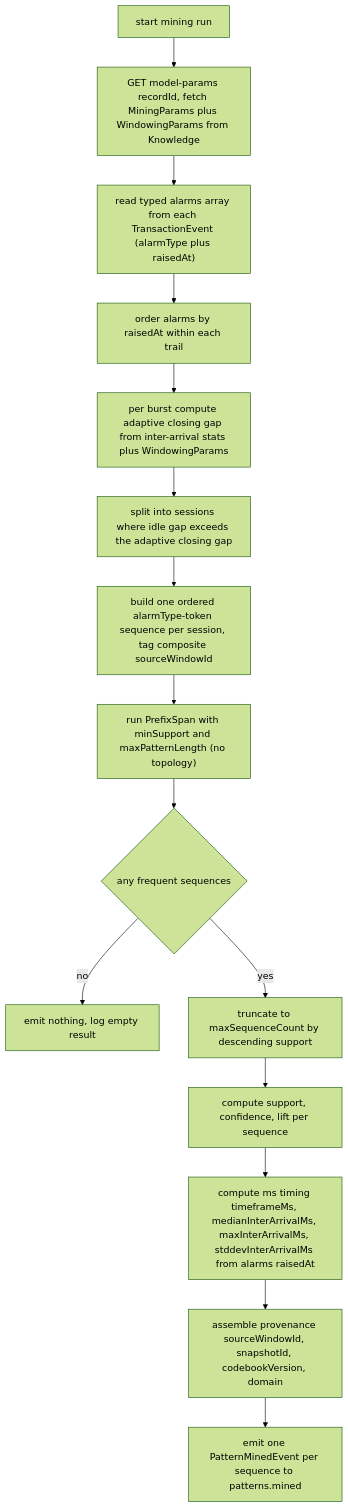
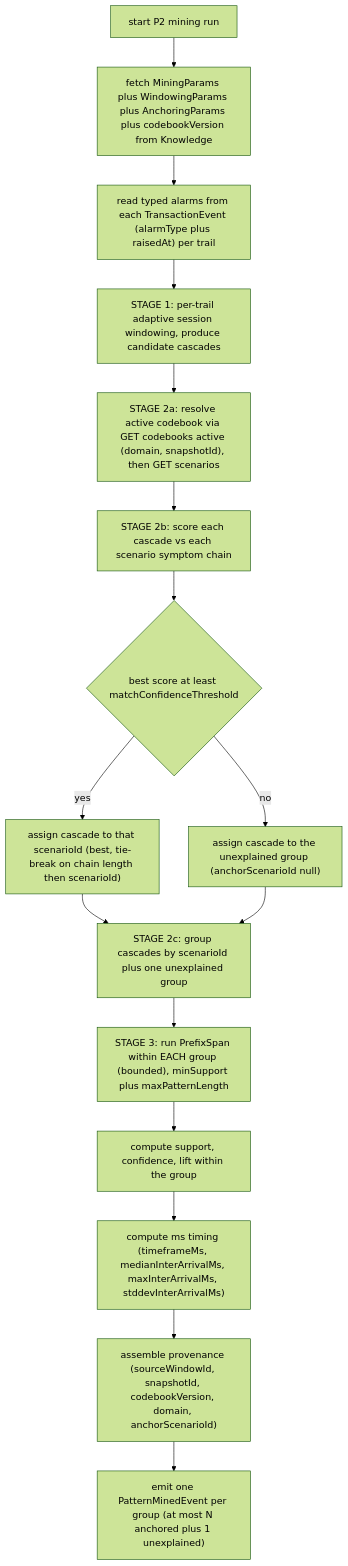
The sixth of 6 diagrams in services/pattern-miner/design.md (nikhilmohan/correlation-platform), drawn with Mermaid (forest theme) before and after one commit. The commit also changed other lines of this file, not shown here.

First line of the commit message:
design(pattern-miner): 3-stage discovery — time+space, Codebook anchoring (Stage 2), bounded PrefixSpan per group

````diff
--- a/services/pattern-miner/design.md
+++ b/services/pattern-miner/design.md
@@ -268,17 +313,18 @@
 ```mermaid
 flowchart TD
-  S["start mining run"] --> P["GET model-params recordId, fetch MiningParams plus WindowingParams from Knowledge"]
-  P --> READ["read typed alarms array from each TransactionEvent (alarmType plus raisedAt)"]
-  READ --> ORD["order alarms by raisedAt within each trail"]
-  ORD --> GAP["per burst compute adaptive closing gap from inter-arrival stats plus WindowingParams"]
-  GAP --> SESS["split into sessions where idle gap exceeds the adaptive closing gap"]
-  SESS --> SEQ["build one ordered alarmType-token sequence per session, tag composite sourceWindowId"]
-  SEQ --> PSPAN["run PrefixSpan with minSupport and maxPatternLength (no topology)"]
-  PSPAN --> FREQ{"any frequent sequences"}
-  FREQ -- no --> DONE["emit nothing, log empty result"]
-  FREQ -- yes --> CAP["truncate to maxSequenceCount by descending support"]
-  CAP --> METR["compute support, confidence, lift per sequence"]
-  METR --> TIM["compute ms timing timeframeMs, medianInterArrivalMs, maxInterArrivalMs, stddevInterArrivalMs from alarms raisedAt"]
-  TIM --> PROV["assemble provenance sourceWindowId, snapshotId, codebookVersion, domain"]
-  PROV --> EMIT["emit one PatternMinedEvent per sequence to patterns.mined"]
+  S["start P2 mining run"] --> P["fetch MiningParams plus WindowingParams plus AnchoringParams plus codebookVersion from Knowledge"]
+  P --> READ["read typed alarms from each TransactionEvent (alarmType plus raisedAt) per trail"]
+  READ --> S1["STAGE 1: per-trail adaptive session windowing, produce candidate cascades"]
+  S1 --> RESOLVE["STAGE 2a: resolve active codebook via GET codebooks active (domain, snapshotId), then GET scenarios"]
+  RESOLVE --> MATCH["STAGE 2b: score each cascade vs each scenario symptom chain"]
+  MATCH --> THRESH{"best score at least matchConfidenceThreshold"}
+  THRESH -- yes --> ANCHOR["assign cascade to that scenarioId (best, tie-break on chain length then scenarioId)"]
+  THRESH -- no --> UNEXP["assign cascade to the unexplained group (anchorScenarioId null)"]
+  ANCHOR --> GROUP["STAGE 2c: group cascades by scenarioId plus one unexplained group"]
+  UNEXP --> GROUP
+  GROUP --> S3["STAGE 3: run PrefixSpan within EACH group (bounded), minSupport plus maxPatternLength"]
+  S3 --> METR["compute support, confidence, lift within the group"]
+  METR --> TIM["compute ms timing (timeframeMs, medianInterArrivalMs, maxInterArrivalMs, stddevInterArrivalMs)"]
+  TIM --> PROV["assemble provenance (sourceWindowId, snapshotId, codebookVersion, domain, anchorScenarioId)"]
+  PROV --> EMIT["emit one PatternMinedEvent per group (at most N anchored plus 1 unexplained)"]
 ```
````
